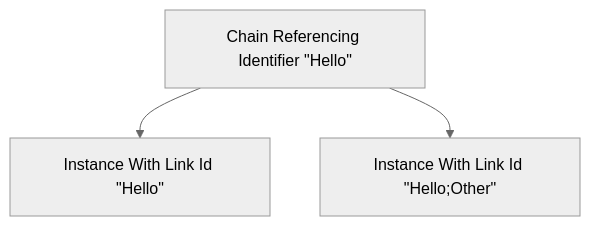
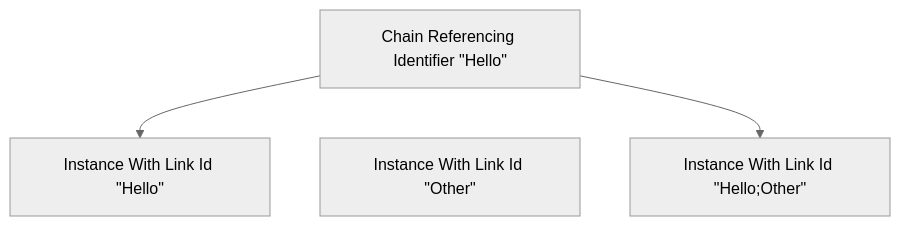
Before and after one commit to Hex-Interactive/ChainLink: the diagram in docs/docs/concepts/links.md, drawn with Mermaid (neutral theme).

Commit message:
Improve docs link diagram

````diff
--- a/docs/docs/concepts/links.md
+++ b/docs/docs/concepts/links.md
@@ -15,9 +15,11 @@
 ```mermaid
-graph TD;
+flowchart TD;
     A[Chain Referencing Identifier #quot;Hello#quot;];
     B[Instance With Link Id #quot;Hello#quot;];
-    C[Instance With Link Id #quot;Hello;Other#quot;];
+    C[Instance With Link Id #quot;Other#quot;];
+    D[Instance With Link Id #quot;Hello;Other#quot;];
 
     A-->B;
-    A-->C;
+    A~~~C;
+    A-->D;
 ```
````
